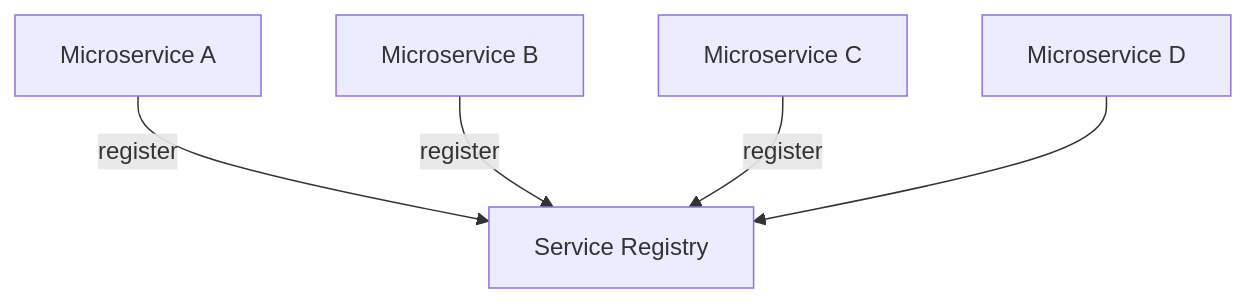
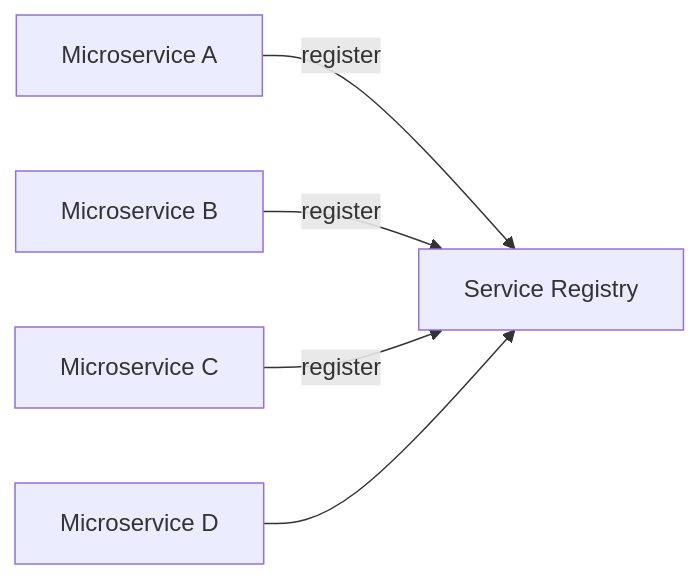
One commit to sonamsamdupkhangsar/sonamsamdupkhangsar.github.io changed the diagram in service-discovery/README.md. Above: the diagram before and after it, drawn with Mermaid.

Commit message:
add service discovery

````diff
--- a/service-discovery/README.md
+++ b/service-discovery/README.md
@@ -8,13 +8,13 @@
 ```mermaid
-flowchart TD    
+flowchart LR    
     A[Microservice A] 
     B[Microservice B]
     C[Microservice C]
     Eureka[Service Registry]
     D[Microservice D] 
 
     A --> |register| Eureka
     B --> |register| Eureka
     C --> |register| Eureka
     D --> Eureka
 ``` 
````
